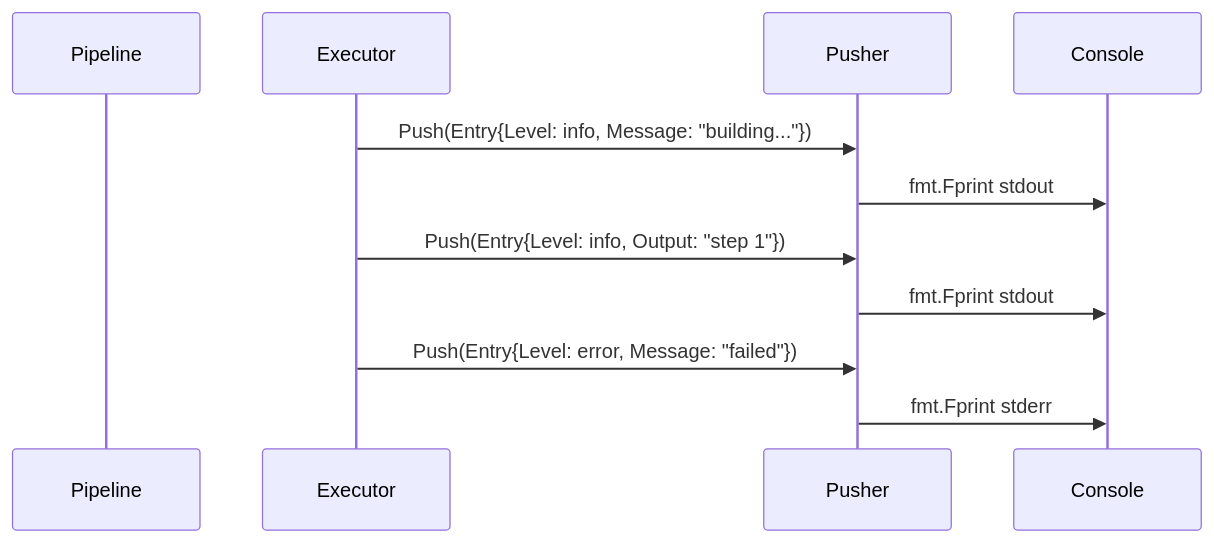
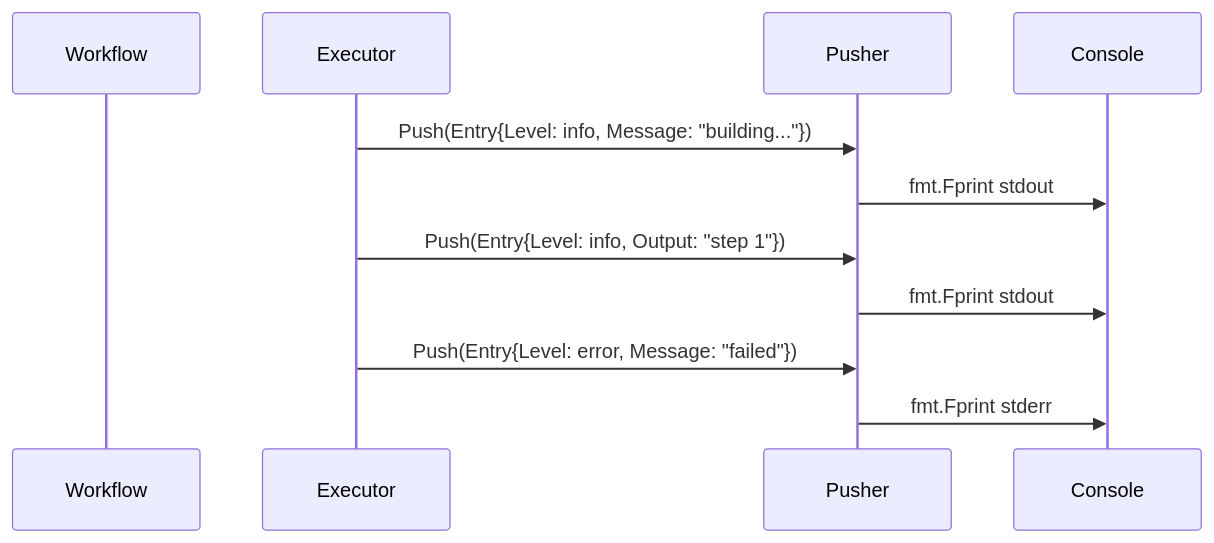
One commit to LerkoX/flowx changed the sixth of 7 diagrams in logger/FLOWS.md. Above: the diagram before and after it, drawn with Mermaid. The commit also changed other lines of this file and 99 other files, not shown here.

First line of the commit message:
refactor: Pipeline 统一更名为 Workflow

````diff
--- a/logger/FLOWS.md
+++ b/logger/FLOWS.md
@@ -76,14 +76,14 @@
 ```mermaid
 sequenceDiagram
-    participant P as Pipeline
+    participant P as Workflow
     participant E as Executor
     participant PP as Pusher
     participant C as Console
 
     E->>PP: Push(Entry{Level: info, Message: "building..."})
     PP->>C: fmt.Fprint stdout
     E->>PP: Push(Entry{Level: info, Output: "step 1"})
     PP->>C: fmt.Fprint stdout
     E->>PP: Push(Entry{Level: error, Message: "failed"})
     PP->>C: fmt.Fprint stderr
 ```
````
